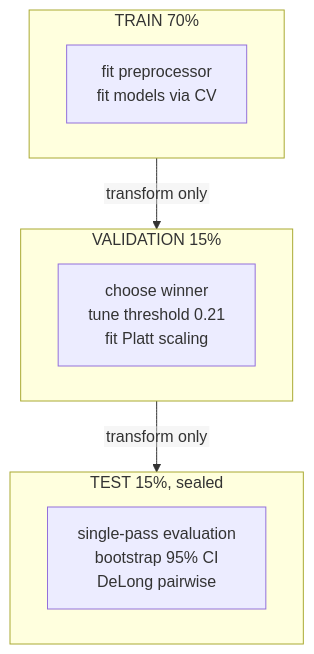
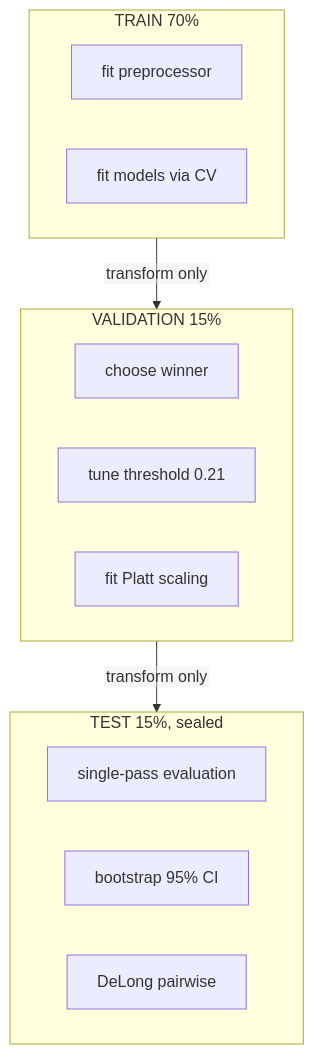
Before and after one commit to cyberstuck3/HormoBench-PCOS: the second of 2 diagrams in README.md, drawn with Mermaid. The commit also changed other lines of this file, not shown here.

Commit message:
Use single-line Mermaid labels so GitHub stops clipping them

````diff
--- a/README.md
+++ b/README.md
@@ -88,15 +88,23 @@
 ```mermaid
 %%{init: {"flowchart": {"htmlLabels": false}}}%%
 flowchart TB
     subgraph train ["TRAIN 70%"]
-        T["fit preprocessor<br/>fit models via CV"]
+        direction LR
+        T1["fit preprocessor"]
+        T2["fit models via CV"]
     end
     subgraph val ["VALIDATION 15%"]
-        V["choose winner<br/>tune threshold 0.21<br/>fit Platt scaling"]
+        direction LR
+        V1["choose winner"]
+        V2["tune threshold 0.21"]
+        V3["fit Platt scaling"]
     end
     subgraph test ["TEST 15%, sealed"]
-        E["single-pass evaluation<br/>bootstrap 95% CI<br/>DeLong pairwise"]
+        direction LR
+        E1["single-pass evaluation"]
+        E2["bootstrap 95% CI"]
+        E3["DeLong pairwise"]
     end
     train -- "transform only" --> val
     val -- "transform only" --> test
 ```
````
